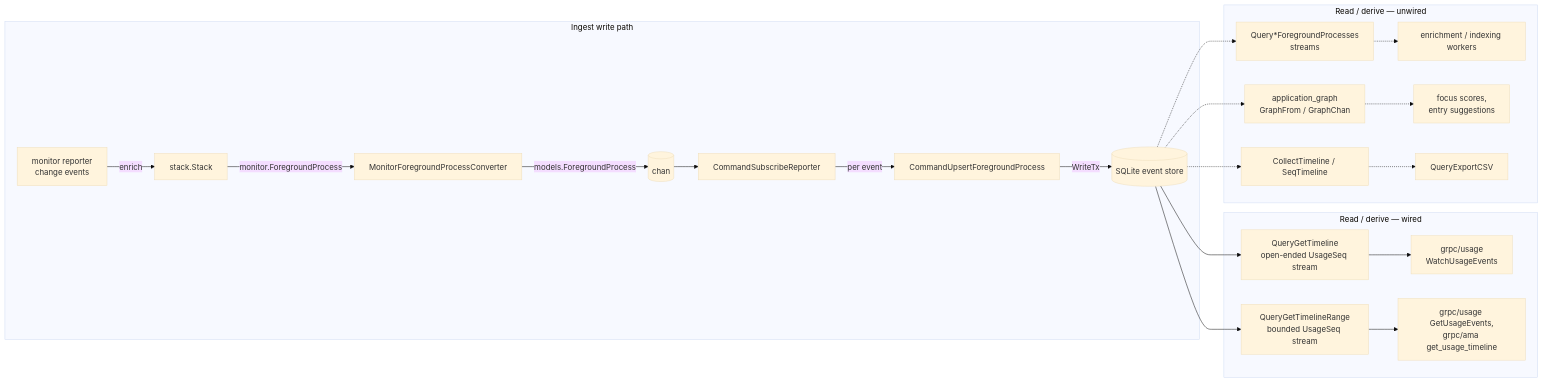
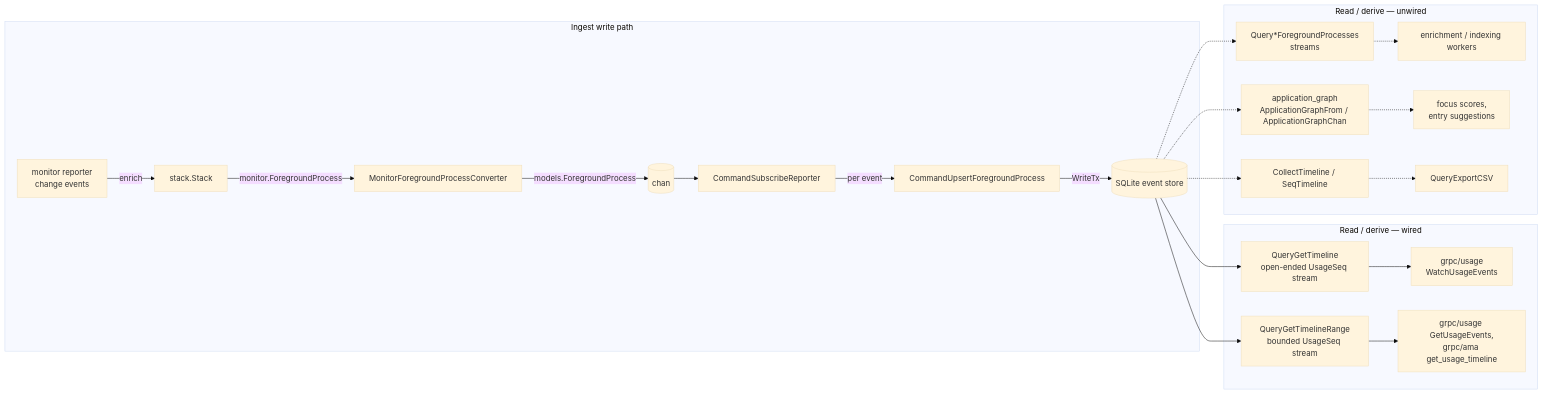
One commit to skulpturenz/timeboxxing changed the first of 2 diagrams in sidecar/components/timeline/README.md. Above: the diagram before and after it, drawn with Mermaid (base theme). The commit also changed other lines of this file and 13 other files, not shown here.

````diff
--- a/sidecar/components/timeline/README.md
+++ b/sidecar/components/timeline/README.md
@@ -46,20 +46,20 @@
 ```mermaid
 flowchart LR
     subgraph ingest [Ingest write path]
         R[monitor reporter<br/>change events] -->|enrich| E[stack.Stack]
         E -->|monitor.ForegroundProcess| CV[MonitorForegroundProcessConverter]
         CV -->|models.ForegroundProcess| CH[(chan)]
         CH --> SR[CommandSubscribeReporter]
         SR -->|per event| UP[CommandUpsertForegroundProcess]
         UP -->|WriteTx| DB[(SQLite event store)]
     end
     subgraph derive [Read / derive — wired]
         DB --> GT[QueryGetTimeline<br/>open-ended UsageSeq stream] --> WU[grpc/usage<br/>WatchUsageEvents]
         DB --> GR[QueryGetTimelineRange<br/>bounded UsageSeq stream] --> RU[grpc/usage GetUsageEvents,<br/>grpc/ama get_usage_timeline]
     end
     subgraph planned [Read / derive — unwired]
         DB -.-> UN[Query*ForegroundProcesses<br/>streams] -.-> W[enrichment / indexing workers]
-        DB -.-> AG[application_graph<br/>GraphFrom / GraphChan] -.-> M[focus scores,<br/>entry suggestions]
+        DB -.-> AG[application_graph<br/>ApplicationGraphFrom / ApplicationGraphChan] -.-> M[focus scores,<br/>entry suggestions]
         DB -.-> CT[CollectTimeline / SeqTimeline] -.-> CSV[QueryExportCSV]
     end
 ```
````
